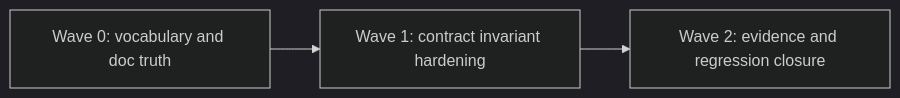
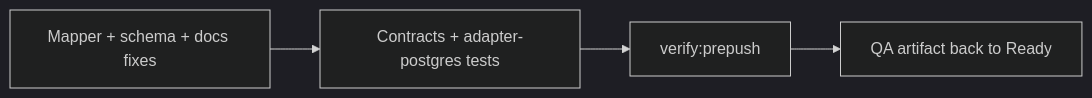
Before and after one commit to dunay2/dvt: the second of 2 diagrams in docs/planning/reviews/architecture-and-governance/20260407-execution-plan-and-run-execution-policy-hard-qa-review.md, drawn with Mermaid (dark theme). The commit also changed other lines of this file and 12 other files, not shown here.

````diff
--- a/docs/planning/reviews/architecture-and-governance/20260407-execution-plan-and-run-execution-policy-hard-qa-review.md
+++ b/docs/planning/reviews/architecture-and-governance/20260407-execution-plan-and-run-execution-policy-hard-qa-review.md
@@ -341,5 +289,6 @@
 ```mermaid
 flowchart LR
-  Wave0["Wave 0: vocabulary and doc truth"] --> Wave1["Wave 1: contract invariant hardening"]
-  Wave1 --> Wave2["Wave 2: evidence and regression closure"]
+  Fixes["Mapper + schema + docs fixes"] --> Tests["Contracts + adapter-postgres tests"]
+  Tests --> Gate["verify:prepush"]
+  Gate --> Closeout["QA artifact back to Ready"]
 ```
````
